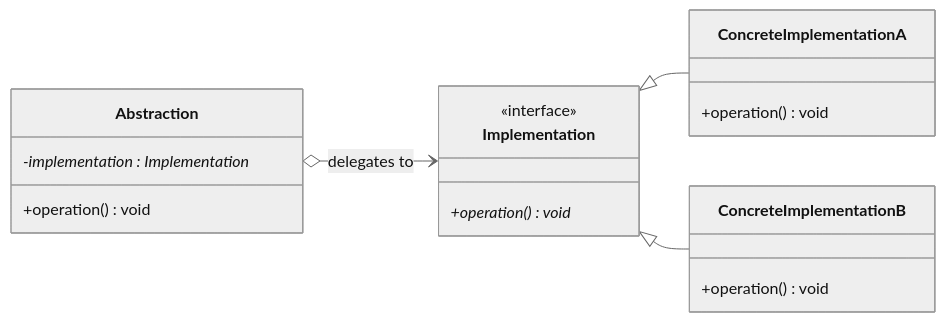
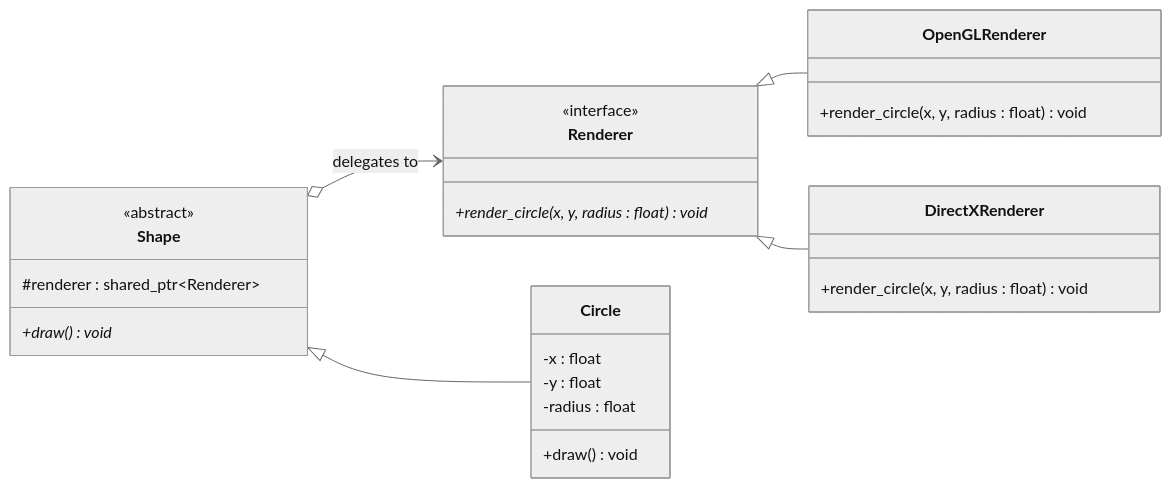
Before and after one commit to bbogush/cpp_knowledge_base: the diagram in src/design_patterns/bridge/README.md, drawn with Mermaid (neutral theme). The commit also changed other lines of this file and 12 other files, not shown here.

````diff
--- a/src/design_patterns/bridge/README.md
+++ b/src/design_patterns/bridge/README.md
@@ -47,26 +48,35 @@
 ```mermaid
 classDiagram
     direction LR
 
-    class Implementation {
+    class Renderer {
         <<interface>>
-        +operation() void*
+        +render_circle(x, y, radius : float) void*
     }
 
-    class ConcreteImplementationA {
-        +operation() void
+    class OpenGLRenderer {
+        +render_circle(x, y, radius : float) void
     }
 
-    class ConcreteImplementationB {
-        +operation() void
+    class DirectXRenderer {
+        +render_circle(x, y, radius : float) void
     }
 
-    class Abstraction {
-        -implementation : Implementation*
-        +operation() void
+    class Shape {
+        <<abstract>>
+        #renderer : shared_ptr~Renderer~
+        +draw() void*
     }
 
-    Implementation <|-- ConcreteImplementationA
-    Implementation <|-- ConcreteImplementationB
-    Abstraction o--> Implementation : delegates to
+    class Circle {
+        -x : float
+        -y : float
+        -radius : float
+        +draw() void
+    }
+
+    Renderer <|-- OpenGLRenderer
+    Renderer <|-- DirectXRenderer
+    Shape <|-- Circle
+    Shape o--> Renderer : delegates to
 ```
````
